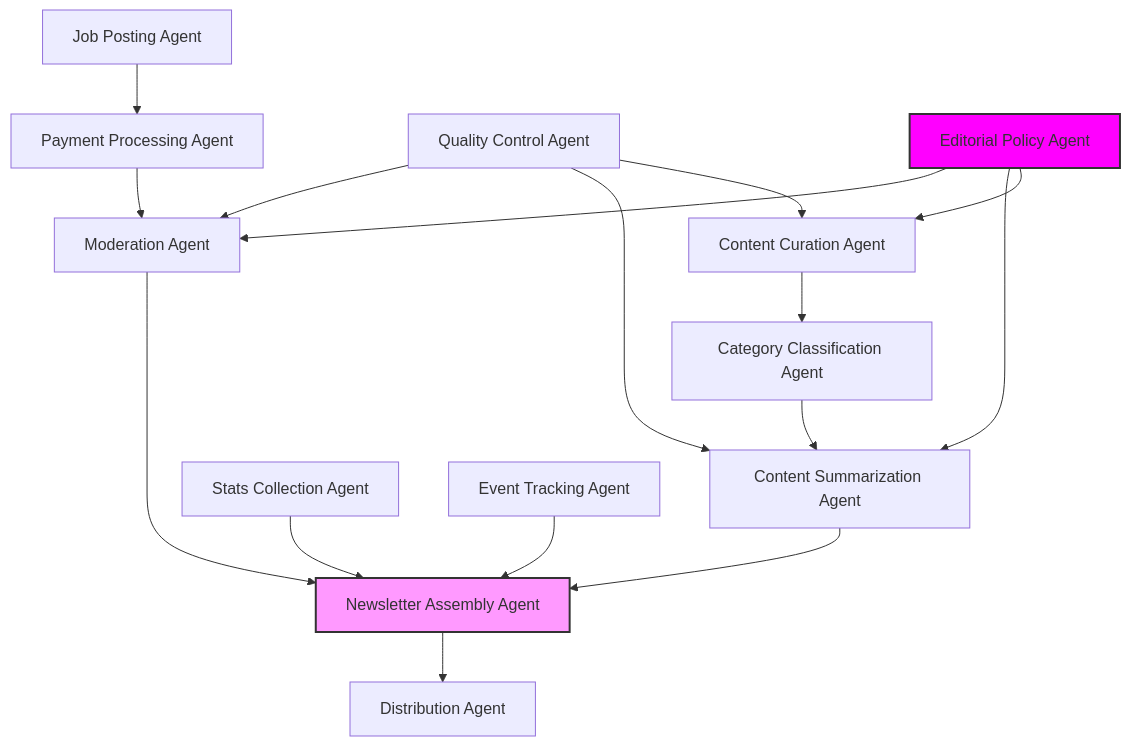
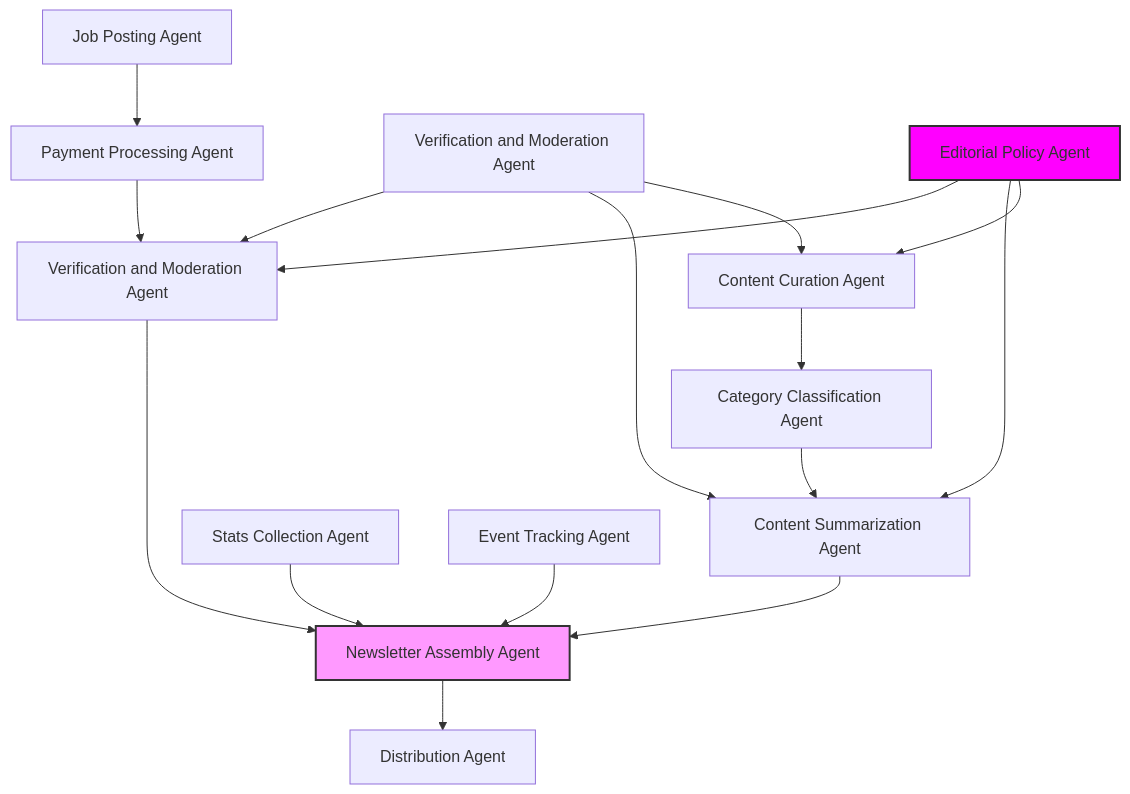
One commit to Agentopians/WeAi changed the diagram in ARCHITECTURE.md. Above: the diagram before and after it, drawn with Mermaid. The commit also changed other lines of this file and 1 other file, not shown here.

````diff
--- a/ARCHITECTURE.md
+++ b/ARCHITECTURE.md
@@ -5,26 +5,26 @@
 ```mermaid
 graph TD
     A[Content Curation Agent] --> B[Category Classification Agent]
     B --> C[Content Summarization Agent]
     C --> D[Newsletter Assembly Agent]
-    
+
     E[Job Posting Agent] --> F[Payment Processing Agent]
-    F --> G[Moderation Agent]
+    F --> G[Verification and Moderation Agent]
     G --> D
-    
+
     H[Stats Collection Agent] --> D
     I[Event Tracking Agent] --> D
-    
+
     D --> J[Distribution Agent]
-    
-    K[Quality Control Agent] --> A
+
+    K[Verification and Moderation Agent] --> A
     K --> C
     K --> G
-    
+
     L[Editorial Policy Agent] --> A
     L --> C
     L --> G
-    
+
     style D fill:#f9f,stroke:#333,stroke-width:2px
     style L fill:#f0f,stroke:#333,stroke-width:2px
 ```
````
